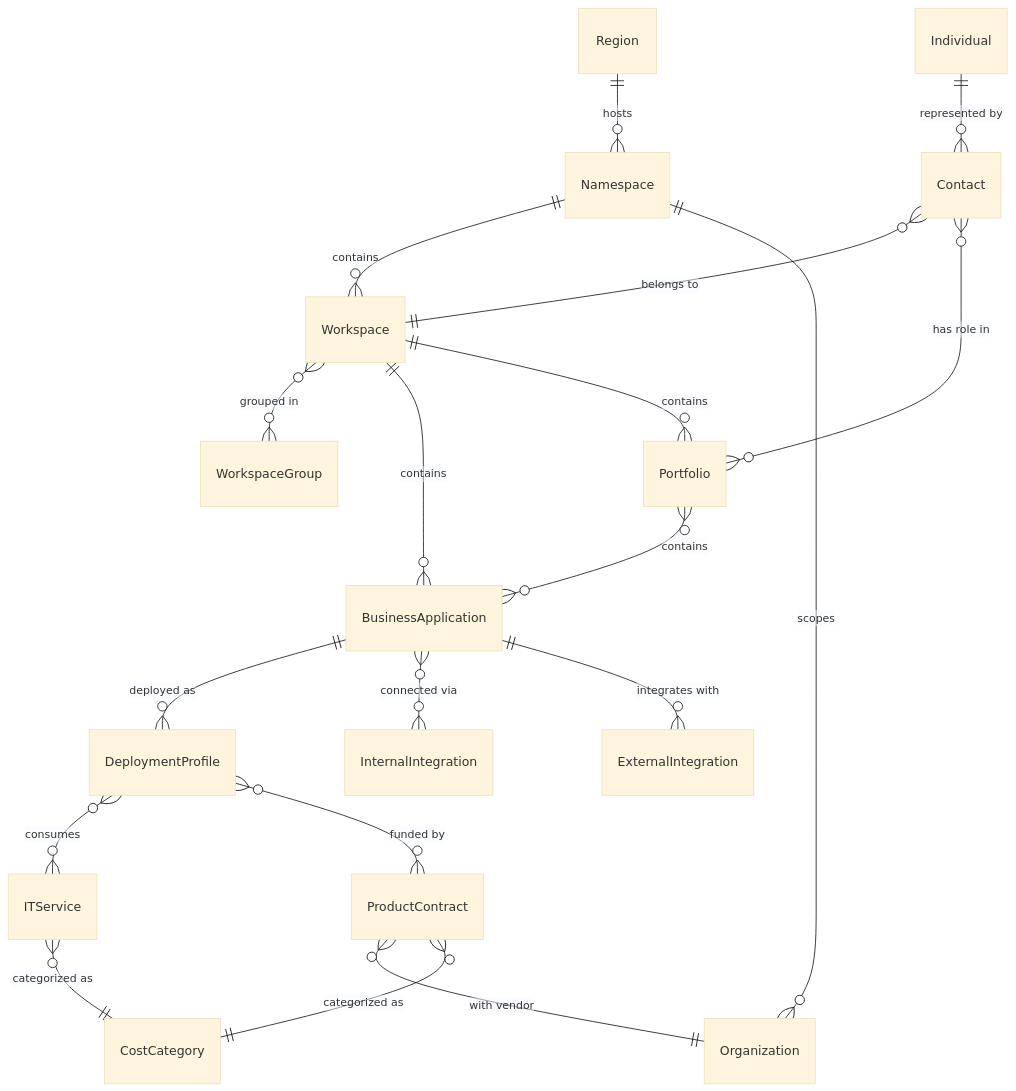
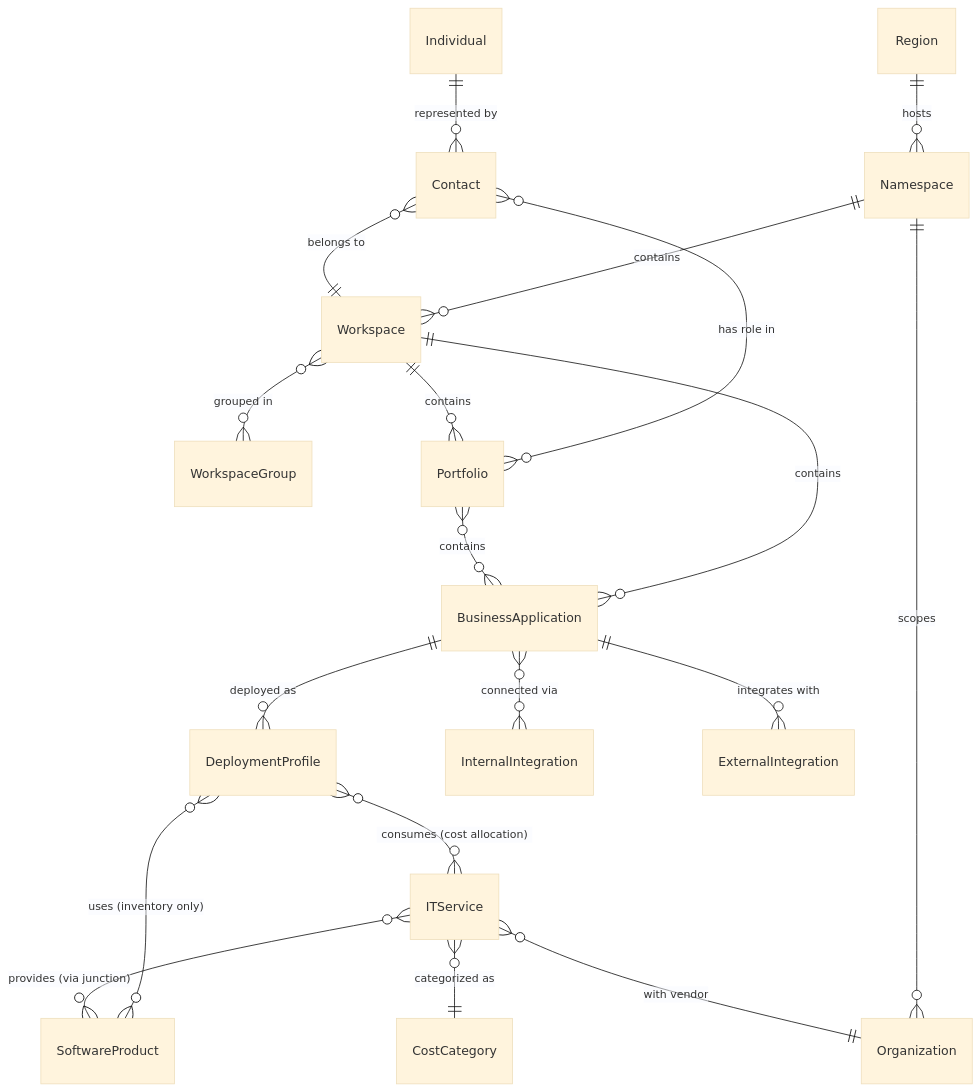
The first of 9 diagrams in core/conceptual-erd.md (sholtby/getinsync-architecture), drawn with Mermaid (base theme) before and after one commit. The commit also changed other lines of this file and 9 other files, not shown here.

First line of the commit message:
docs: Phase 0 Cost Model Reunification — 9 docs updated to target state (two channels, inventory-only software)

````diff
--- a/core/conceptual-erd.md
+++ b/core/conceptual-erd.md
@@ -55,30 +66,30 @@
 ```mermaid
 erDiagram
     %% Platform & Tenancy
     Region ||--o{ Namespace : hosts
     Namespace ||--o{ Workspace : contains
     Namespace ||--o{ Organization : "scopes"
     Workspace }o--o{ WorkspaceGroup : "grouped in"
     
     %% Identity & Access
     Individual ||--o{ Contact : "represented by"
     Contact }o--|| Workspace : "belongs to"
     Contact }o--o{ Portfolio : "has role in"
     
     %% Core APM
     Workspace ||--o{ BusinessApplication : contains
     Workspace ||--o{ Portfolio : contains
     Portfolio }o--o{ BusinessApplication : contains
     BusinessApplication ||--o{ DeploymentProfile : "deployed as"
     
-    %% Cost & Vendors
-    DeploymentProfile }o--o{ ITService : "consumes"
-    DeploymentProfile }o--o{ ProductContract : "funded by"
-    ProductContract }o--|| Organization : "with vendor"
+    %% Cost & Vendors (v2.0 — ProductContract merged into ITService)
+    DeploymentProfile }o--o{ ITService : "consumes (cost allocation)"
+    DeploymentProfile }o--o{ SoftwareProduct : "uses (inventory only)"
+    ITService }o--o{ SoftwareProduct : "provides (via junction)"
+    ITService }o--|| Organization : "with vendor"
     ITService }o--|| CostCategory : "categorized as"
-    ProductContract }o--|| CostCategory : "categorized as"
     
     %% Integrations
     BusinessApplication }o--o{ InternalIntegration : "connected via"
     BusinessApplication ||--o{ ExternalIntegration : "integrates with"
 ```
````
